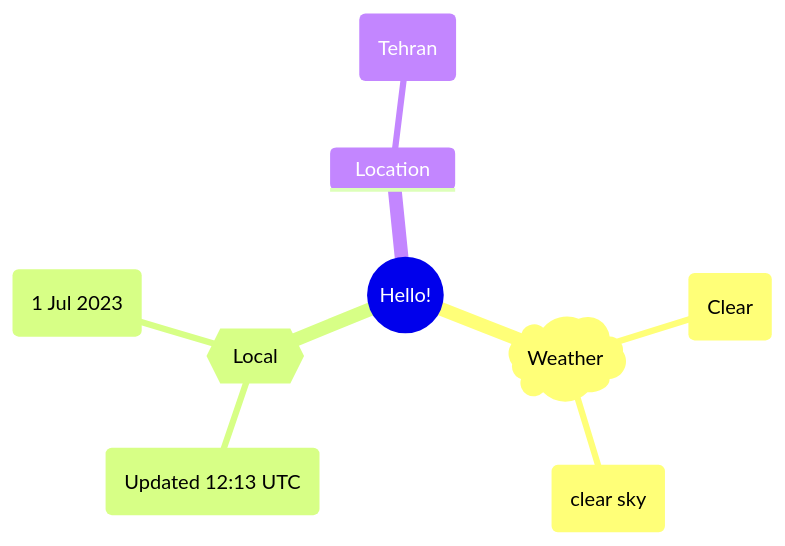
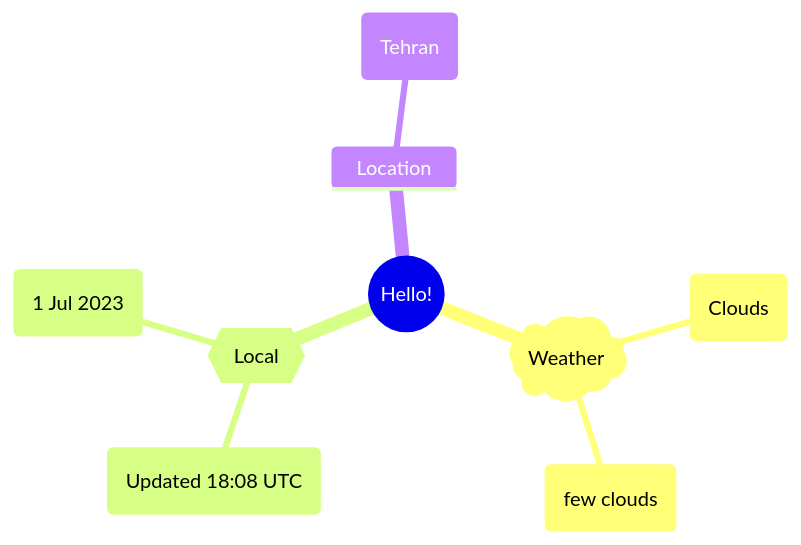
Before and after one commit to Xosrov/Xosrov: the first of 2 diagrams in README.md, drawn with Mermaid.

Commit message:
[bot] updated images

````diff
--- a/README.md
+++ b/README.md
@@ -3,12 +3,12 @@
 ```mermaid
 mindmap
   root((Hello!))
     )Weather(
-        (Clear)
-        (clear sky)
+        (Clouds)
+        (few clouds)
     {{Local}}
-        (Updated 12:13 UTC)
+        (Updated 18:08 UTC)
         (1 Jul 2023)
     Location
         (Tehran)
 ```
````
